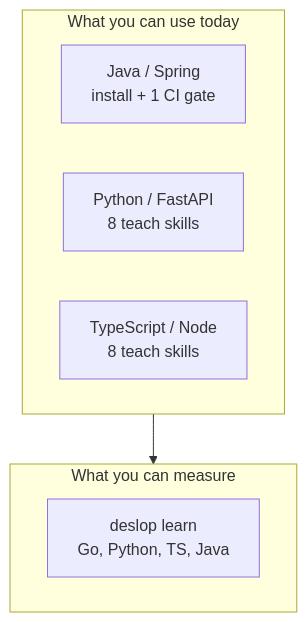
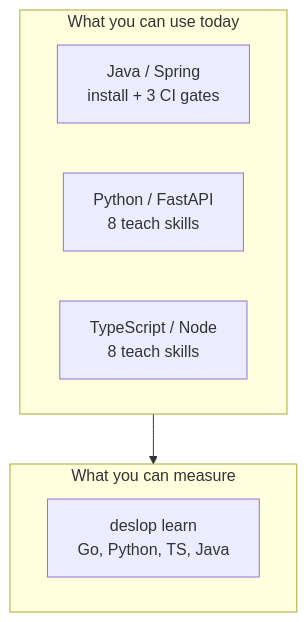
One commit to Amaresh/deslop changed the second of 5 diagrams in README.md. Above: the diagram before and after it, drawn with Mermaid. The commit also changed other lines of this file and 3 other files, not shown here.

First line of the commit message:
feat: CI-gate all three Java Spring pack rules

````diff
--- a/README.md
+++ b/README.md
@@ -36,12 +36,12 @@
 ```mermaid
 flowchart TB
   subgraph available [What you can use today]
-    J["Java / Spring<br/>install + 1 CI gate"]
+    J["Java / Spring<br/>install + 3 CI gates"]
     P["Python / FastAPI<br/>8 teach skills"]
     T["TypeScript / Node<br/>8 teach skills"]
   end
   subgraph discover [What you can measure]
     L["deslop learn<br/>Go, Python, TS, Java"]
   end
   available --> discover
 ```
````
